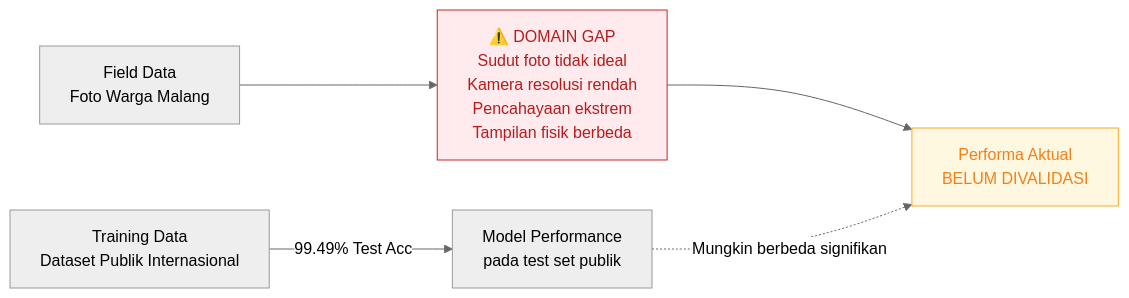
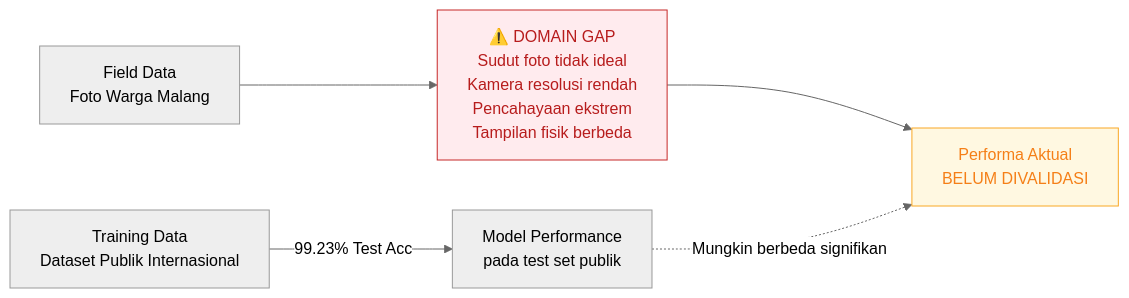
Diagram 21 of 21 in README.md (nabilkencana/AI-Service-LaporKita), drawn with Mermaid (neutral theme) before and after one commit. The commit also changed other lines of this file and 57 other files, not shown here.

````diff
--- a/README.md
+++ b/README.md
@@ -1346,13 +1392,13 @@
 ```mermaid
 graph LR
     TrainData["Training Data\nDataset Publik Internasional"]
     FieldData["Field Data\nFoto Warga Malang"]
     Gap["⚠️ DOMAIN GAP\nSudut foto tidak ideal\nKamera resolusi rendah\nPencahayaan ekstrem\nTampilan fisik berbeda"]
 
-    TrainData -->|"99.49% Test Acc"| ModelPerf["Model Performance\npada test set publik"]
+    TrainData -->|"99.23% Test Acc"| ModelPerf["Model Performance\npada test set publik"]
     FieldData --> Gap --> ActualPerf["Performa Aktual\nBELUM DIVALIDASI"]
     ModelPerf -.->|"Mungkin berbeda signifikan"| ActualPerf
 
     style Gap fill:#FFEBEE,stroke:#C62828,color:#B71C1C
     style ActualPerf fill:#FFF8E1,stroke:#F9A825,color:#F57F17
 ```
````
